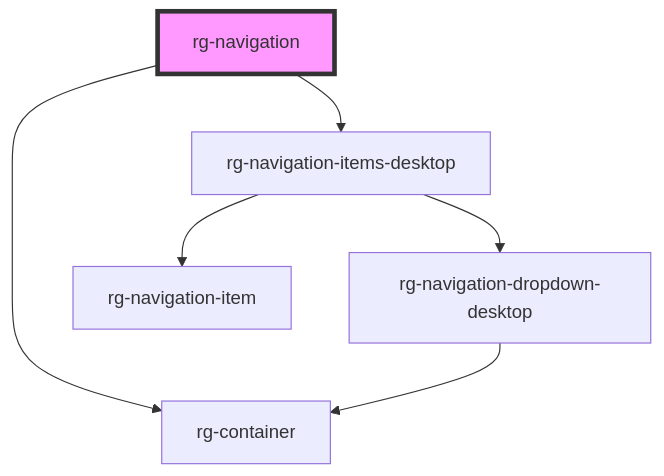
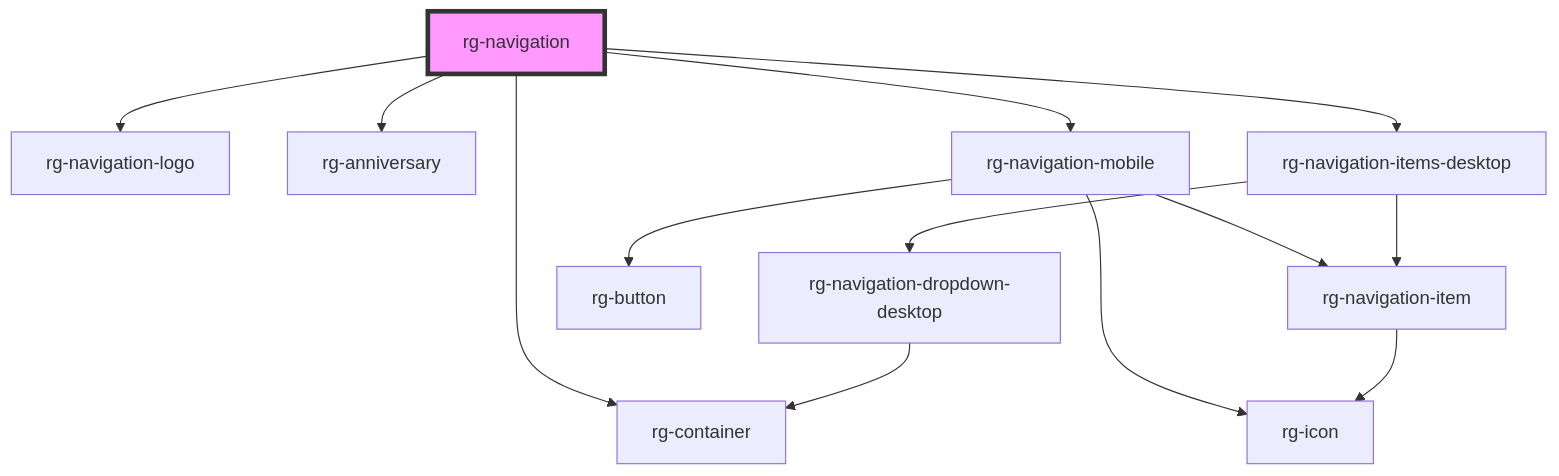
Before and after one commit to tomas862/regila-ui: the diagram in src/components/navigation/readme.md, drawn with Mermaid. The commit also changed other lines of this file and 7 other files, not shown here.

````diff
--- a/src/components/navigation/readme.md
+++ b/src/components/navigation/readme.md
@@ -25,9 +31,16 @@
 ```mermaid
 graph TD;
+  rg-navigation --> rg-navigation-logo
+  rg-navigation --> rg-anniversary
   rg-navigation --> rg-container
+  rg-navigation --> rg-navigation-mobile
   rg-navigation --> rg-navigation-items-desktop
+  rg-navigation-mobile --> rg-navigation-item
+  rg-navigation-mobile --> rg-button
+  rg-navigation-mobile --> rg-icon
+  rg-navigation-item --> rg-icon
   rg-navigation-items-desktop --> rg-navigation-item
   rg-navigation-items-desktop --> rg-navigation-dropdown-desktop
   rg-navigation-dropdown-desktop --> rg-container
   style rg-navigation fill:#f9f,stroke:#333,stroke-width:4px
 ```
````
